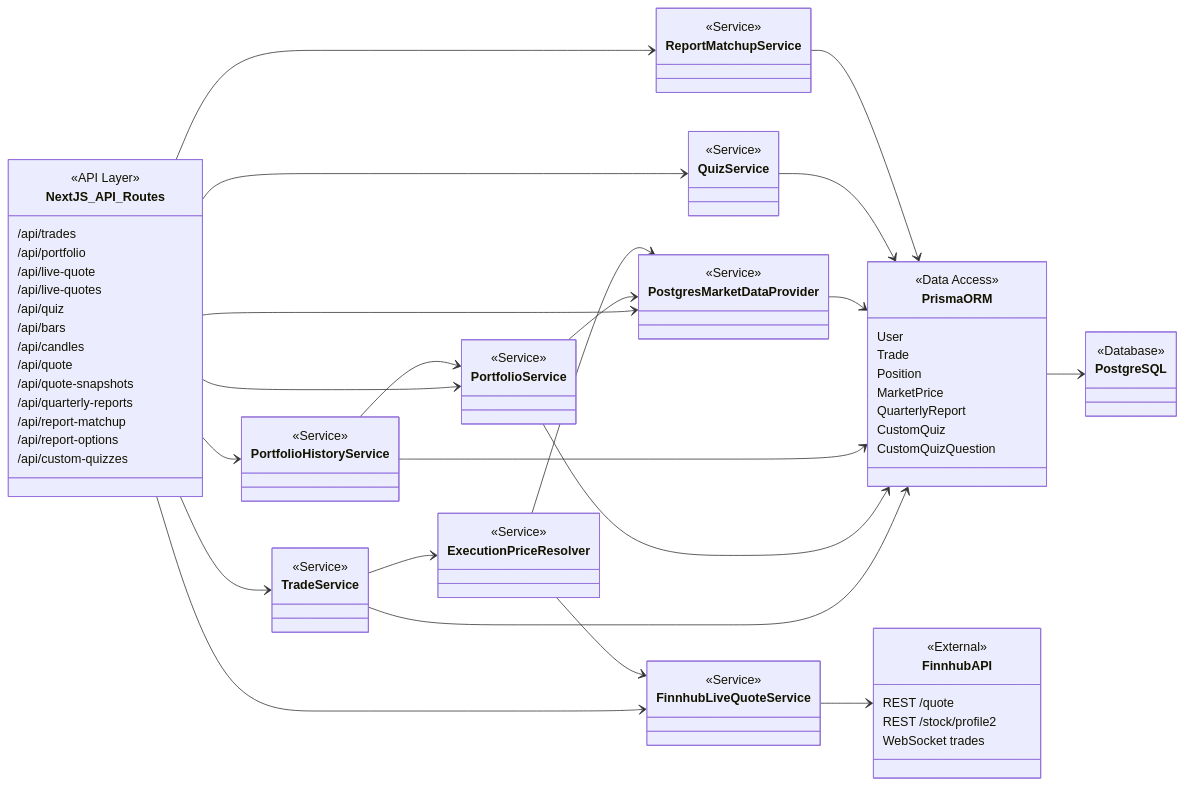
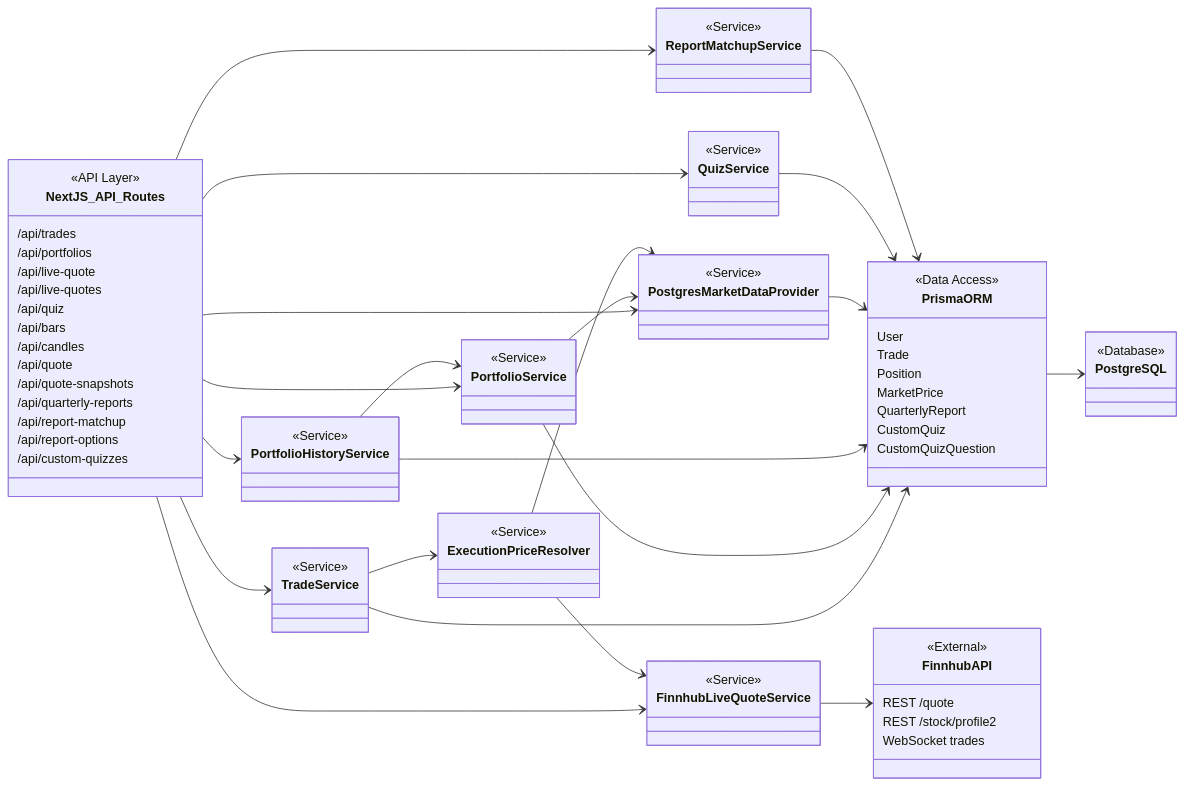
The fifth of 5 diagrams in docs/design/uml_diagram_by_claude.md (jhu-oose-sp26/InvestEd), drawn with Mermaid before and after one commit. The commit also changed 9 other files, not shown here.

```diff
--- a/docs/design/uml_diagram_by_claude.md
+++ b/docs/design/uml_diagram_by_claude.md
@@ -452,7 +452,7 @@
     class NextJS_API_Routes {
         <<API Layer>>
         /api/trades
-        /api/portfolio
+        /api/portfolios
         /api/live-quote
         /api/live-quotes
         /api/quiz
```
